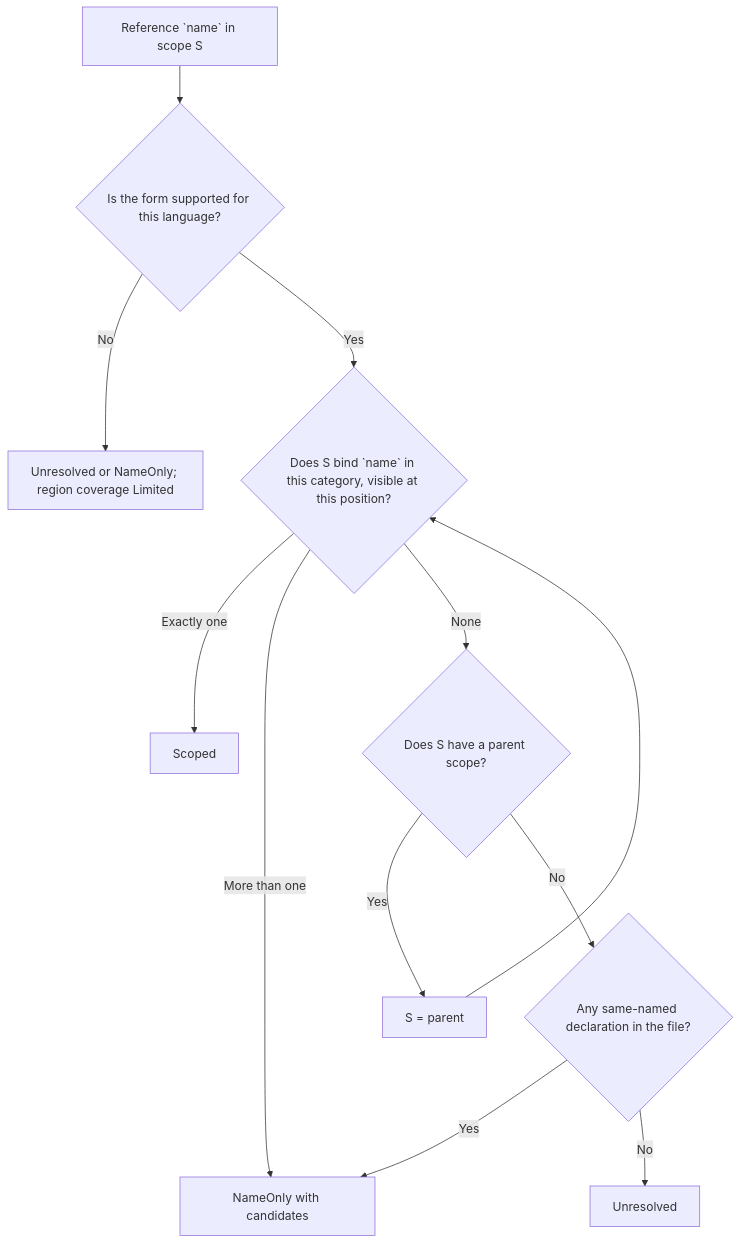
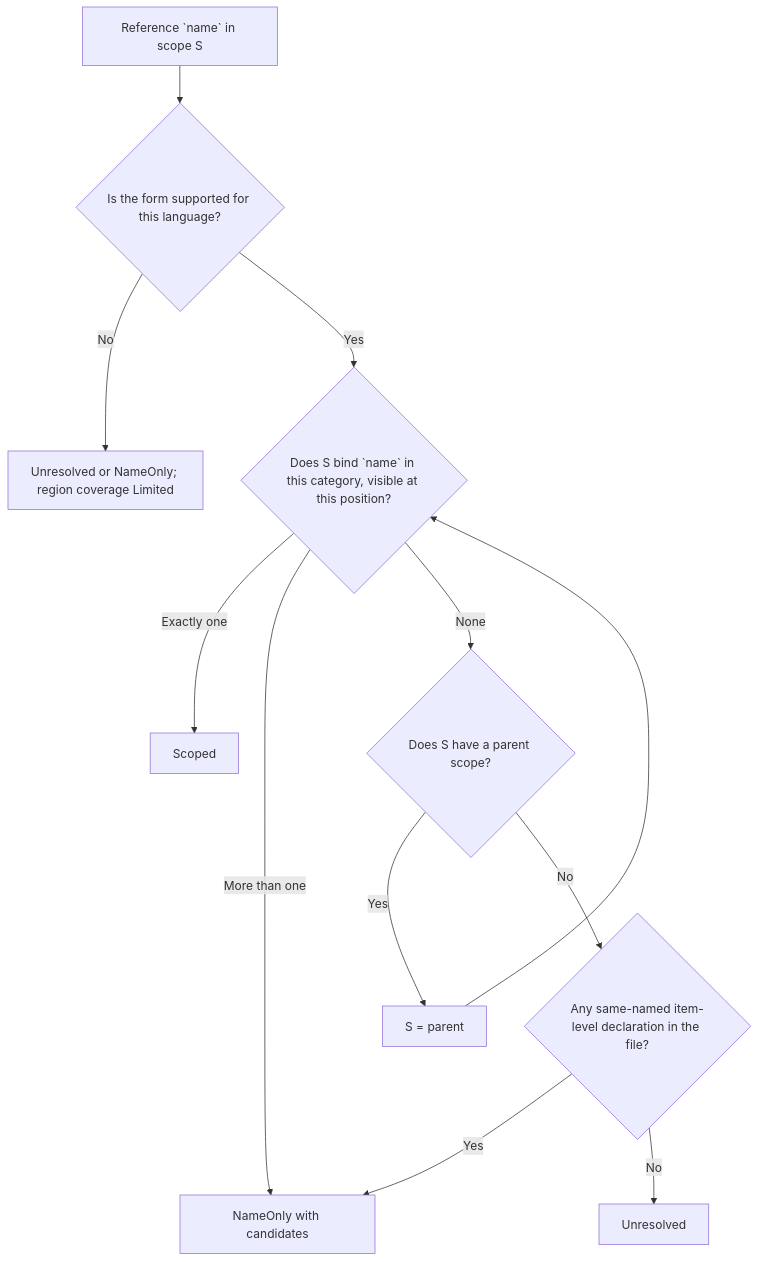
The first of 2 diagrams in tree-hugger/docs/references.md (yankeeinlondon/rusty-biscuit), drawn with Mermaid before and after one commit. The commit also changed other lines of this file and 42 other files, not shown here.

````diff
--- a/tree-hugger/docs/references.md
+++ b/tree-hugger/docs/references.md
@@ -55,13 +81,13 @@
 ```mermaid
 flowchart TD
     R[Reference `name` in scope S] --> Q{Is the form supported for this language?}
     Q -->|No| L[Unresolved or NameOnly; region coverage Limited]
     Q -->|Yes| B{Does S bind `name` in this category, visible at this position?}
     B -->|Exactly one| SC[Scoped]
     B -->|More than one| NO[NameOnly with candidates]
     B -->|None| P{Does S have a parent scope?}
     P -->|Yes| S2[S = parent] --> B
-    P -->|No| C{Any same-named declaration in the file?}
+    P -->|No| C{Any same-named item-level declaration in the file?}
     C -->|Yes| NO
     C -->|No| U[Unresolved]
 ```
````
